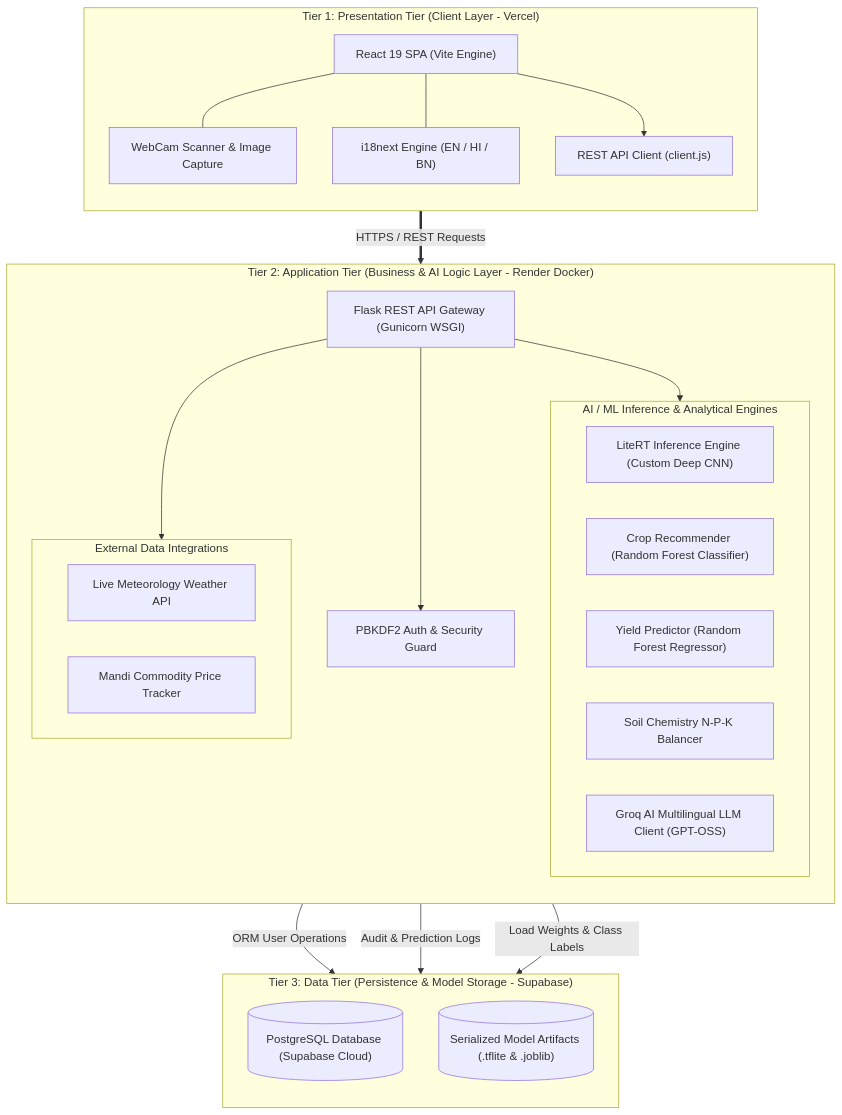
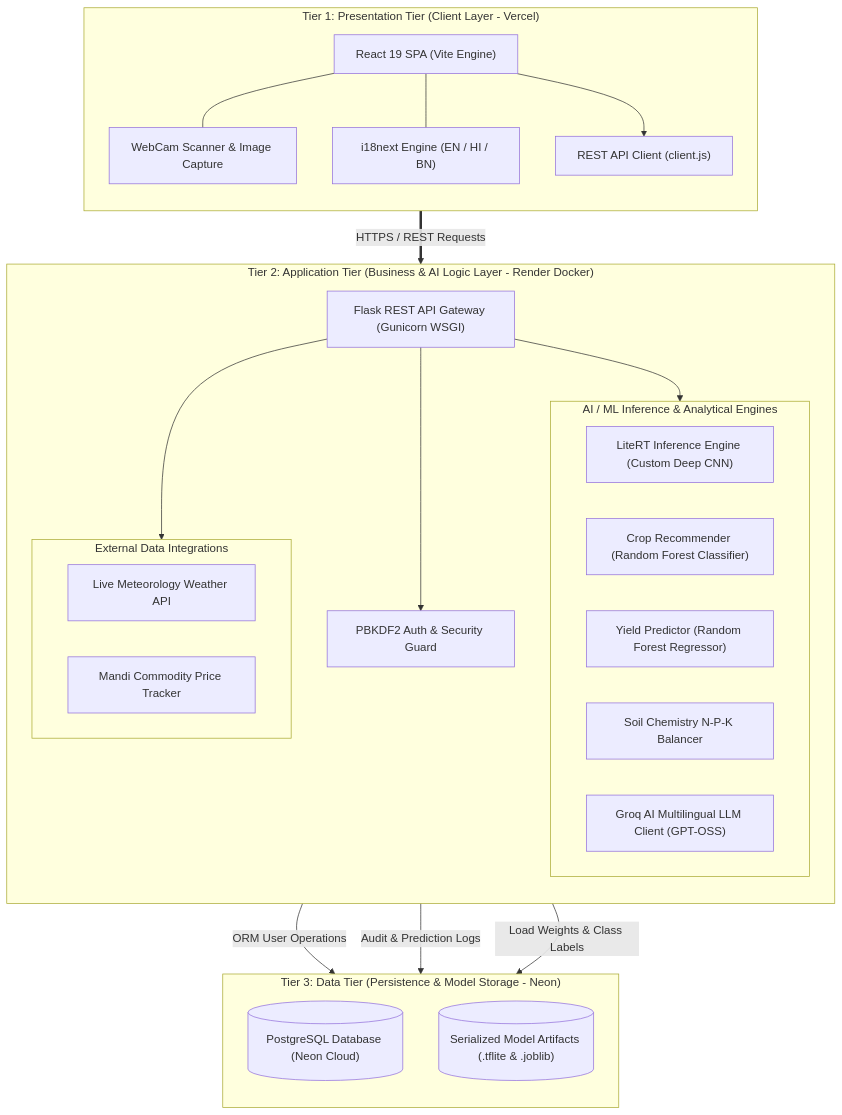
One commit to Aniruddhasain7/AgriAI changed the diagram in README.md. Above: the diagram before and after it, drawn with Mermaid. The commit also changed other lines of this file and 1 other file, not shown here.

Commit message:
feat: add Flask backend application entry point and migrate database configuration to Neon

````diff
--- a/README.md
+++ b/README.md
@@ -60,49 +60,49 @@
 ```mermaid
 graph TB
     subgraph Tier1["Tier 1: Presentation Tier (Client Layer - Vercel)"]
         direction TB
         UI["React 19 SPA (Vite Engine)"]
         Cam["WebCam Scanner & Image Capture"]
         I18N["i18next Engine (EN / HI / BN)"]
         APIClient["REST API Client (client.js)"]
 
         UI --- Cam
         UI --- I18N
         UI --> APIClient
     end
 
     subgraph Tier2["Tier 2: Application Tier (Business & AI Logic Layer - Render Docker)"]
         direction TB
         Flask["Flask REST API Gateway (Gunicorn WSGI)"]
         Auth["PBKDF2 Auth & Security Guard"]
 
         subgraph ML_AI["AI / ML Inference & Analytical Engines"]
             LiteRT["LiteRT Inference Engine (Custom Deep CNN)"]
             CropRF["Crop Recommender (Random Forest Classifier)"]
             YieldRF["Yield Predictor (Random Forest Regressor)"]
             SoilEng["Soil Chemistry N-P-K Balancer"]
             LLM["Groq AI Multilingual LLM Client (GPT-OSS)"]
         end
 
         subgraph ExternalAPIs["External Data Integrations"]
             Weather["Live Meteorology Weather API"]
             Market["Mandi Commodity Price Tracker"]
         end
 
         Flask --> Auth
         Flask --> ML_AI
         Flask --> ExternalAPIs
     end
 
-    subgraph Tier3["Tier 3: Data Tier (Persistence & Model Storage - Supabase)"]
+    subgraph Tier3["Tier 3: Data Tier (Persistence & Model Storage - Neon)"]
         direction TB
-        DB[("PostgreSQL Database (Supabase Cloud)")]
+        DB[("PostgreSQL Database (Neon Cloud)")]
         Models[("Serialized Model Artifacts (.tflite & .joblib)")]
     end
 
     %% Tier Data Flow
     APIClient ==>|HTTPS / REST Requests| Flask
     Auth -->|ORM User Operations| DB
     ML_AI -->|Audit & Prediction Logs| DB
     ML_AI -->|Load Weights & Class Labels| Models
 ```
````
